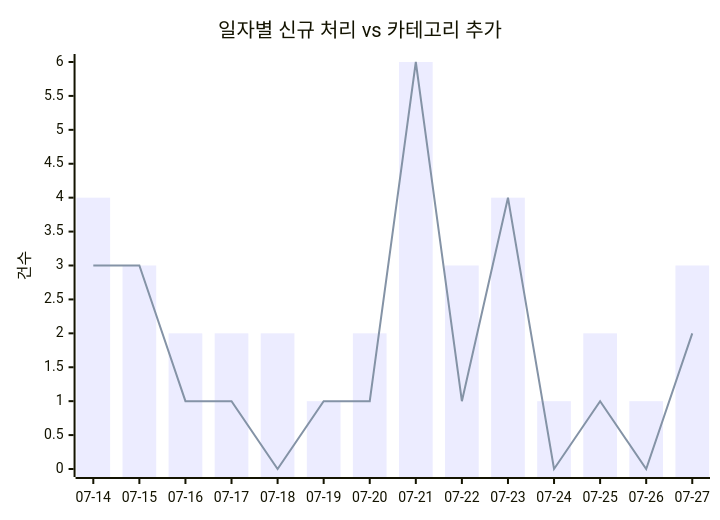
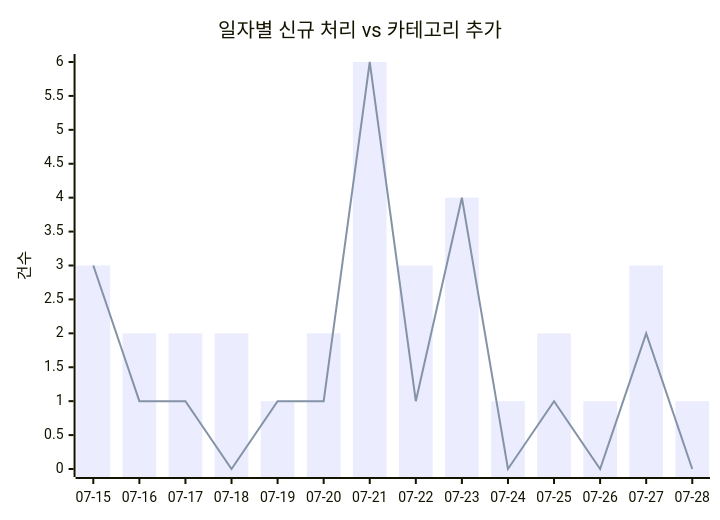
One commit to J-nowcow/awesome-korean-agent-skills changed the first of 2 diagrams in docs/trends.md. Above: the diagram before and after it, drawn with Mermaid. The commit also changed other lines of this file and 2 other files, not shown here.

````diff
--- a/docs/trends.md
+++ b/docs/trends.md
@@ -32,8 +32,8 @@
 ```mermaid
 xychart-beta
     title "일자별 신규 처리 vs 카테고리 추가"
-    x-axis ["07-14","07-15","07-16","07-17","07-18","07-19","07-20","07-21","07-22","07-23","07-24","07-25","07-26","07-27"]
+    x-axis ["07-15","07-16","07-17","07-18","07-19","07-20","07-21","07-22","07-23","07-24","07-25","07-26","07-27","07-28"]
     y-axis "건수"
-    bar [4,3,2,2,2,1,2,6,3,4,1,2,1,3]
-    line [3,3,1,1,0,1,1,6,1,4,0,1,0,2]
+    bar [3,2,2,2,1,2,6,3,4,1,2,1,3,1]
+    line [3,1,1,0,1,1,6,1,4,0,1,0,2,0]
 ```
````
